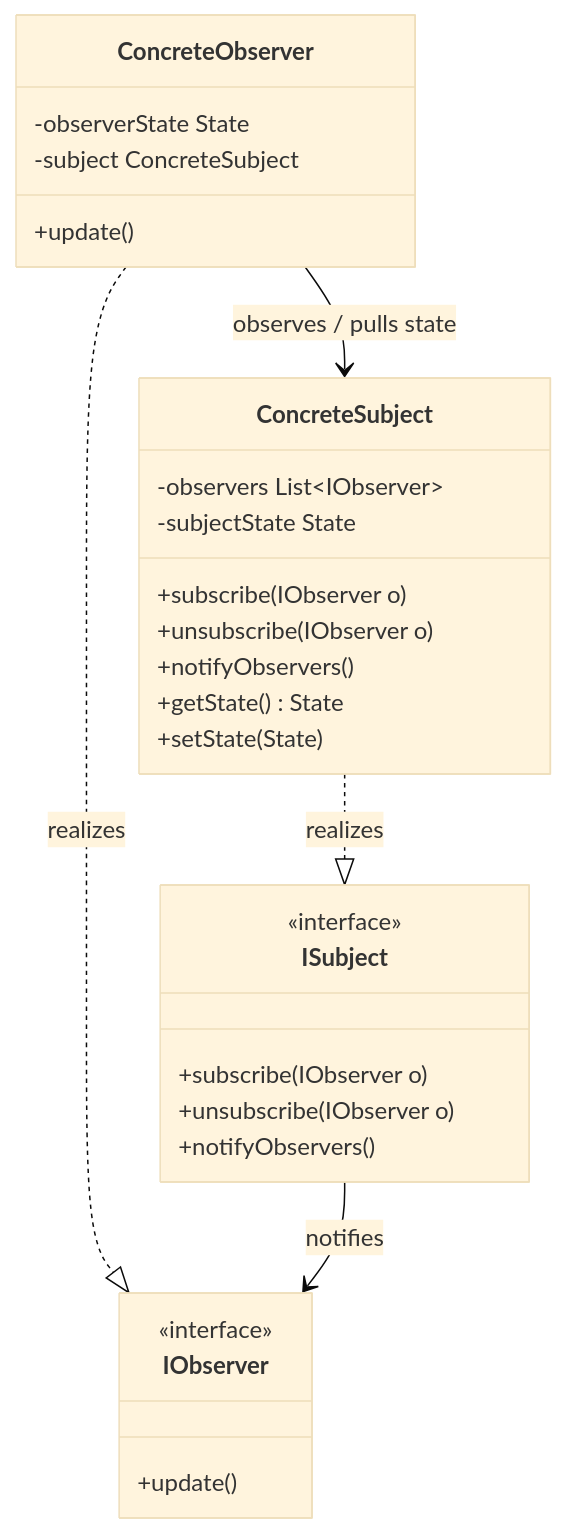
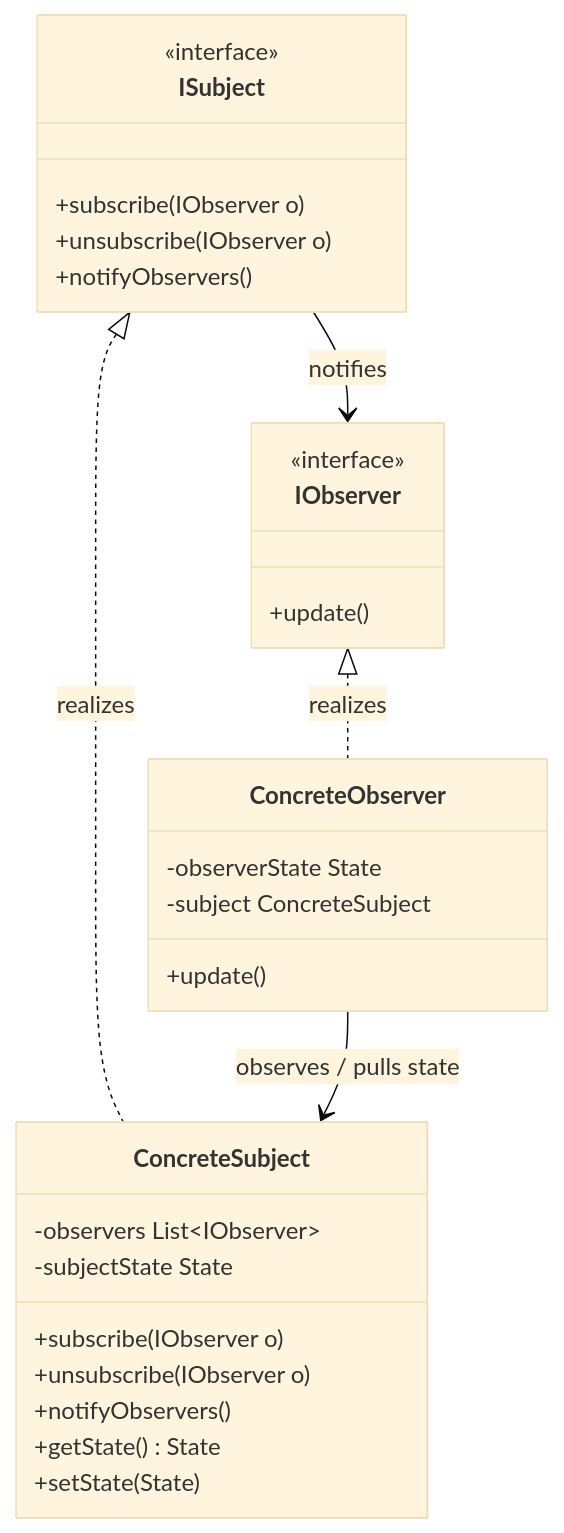
The first of 2 diagrams in notes/6_Observer Pattern/6_Observer Pattern.md (dasakash26/system-design), drawn with Mermaid (base theme) before and after one commit. The commit also changed other lines of this file and 17 other files, not shown here.

````diff
--- a/notes/6_Observer Pattern/6_Observer Pattern.md
+++ b/notes/6_Observer Pattern/6_Observer Pattern.md
@@ -22,33 +22,33 @@
 ```mermaid
 classDiagram
     direction TB
     class ISubject {
         <<interface>>
         +subscribe(IObserver o)
         +unsubscribe(IObserver o)
         +notifyObservers()
     }
     class IObserver {
         <<interface>>
         +update()
     }
     class ConcreteSubject {
         -observers List~IObserver~
         -subjectState State
         +subscribe(IObserver o)
         +unsubscribe(IObserver o)
         +notifyObservers()
         +getState() State
         +setState(State)
     }
     class ConcreteObserver {
         -observerState State
         -subject ConcreteSubject
         +update()
     }
 
-    ConcreteSubject ..|> ISubject : realizes
-    ConcreteObserver ..|> IObserver : realizes
+    ISubject <|.. ConcreteSubject : realizes
+    IObserver <|.. ConcreteObserver : realizes
     ISubject --> IObserver : notifies
     ConcreteObserver --> ConcreteSubject : observes / pulls state
 ```
````
